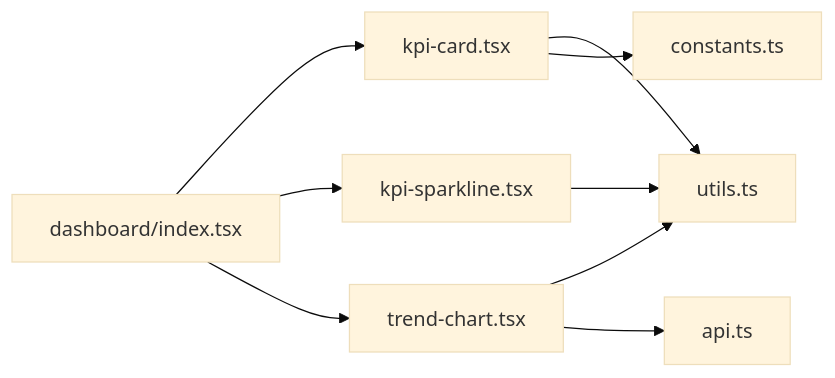
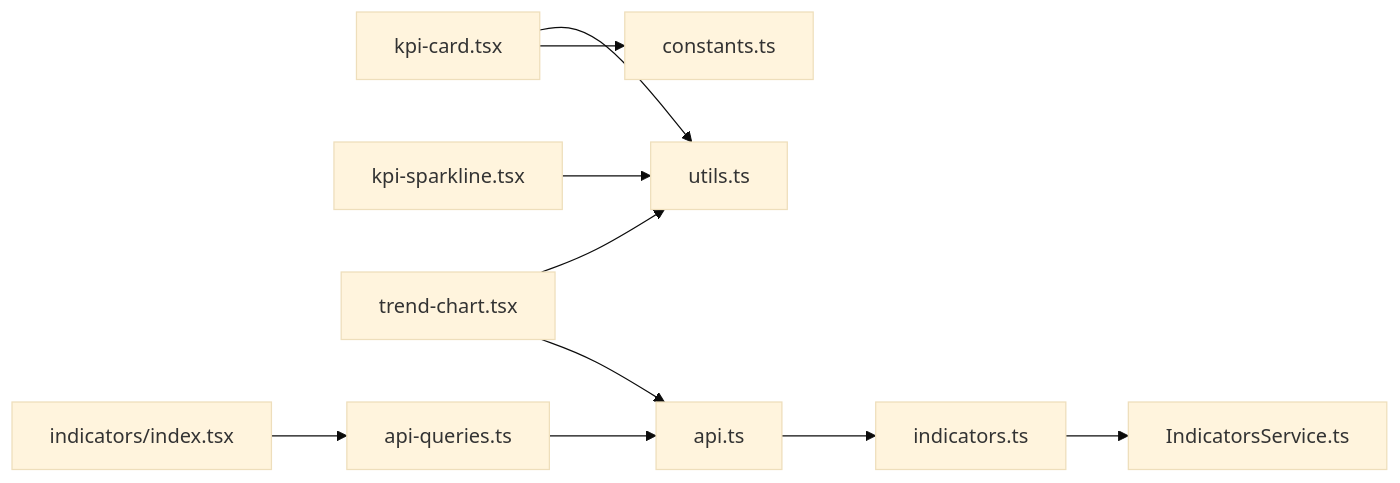
The seventh of 7 diagrams in .qoder/repowiki/zh/content/图表可视化/图表可视化.md (Damao997/newproject), drawn with Mermaid (base theme) before and after one commit. The commit also changed other lines of this file and 62 other files, not shown here.

````diff
--- a/.qoder/repowiki/zh/content/图表可视化/图表可视化.md
+++ b/.qoder/repowiki/zh/content/图表可视化/图表可视化.md
@@ -289,11 +328,12 @@
 ```mermaid
 graph LR
 KC["kpi-card.tsx"] --> U["utils.ts"]
 KC --> C["constants.ts"]
 KS["kpi-sparkline.tsx"] --> U
 TC["trend-chart.tsx"] --> U
 TC --> A["api.ts"]
-D["dashboard/index.tsx"] --> KC
-D --> KS
-D --> TC
+I["indicators/index.tsx"] --> AQ["api-queries.ts"]
+AQ --> A
+A --> IR["indicators.ts"]
+IR --> IS["IndicatorsService.ts"]
 ```
````
